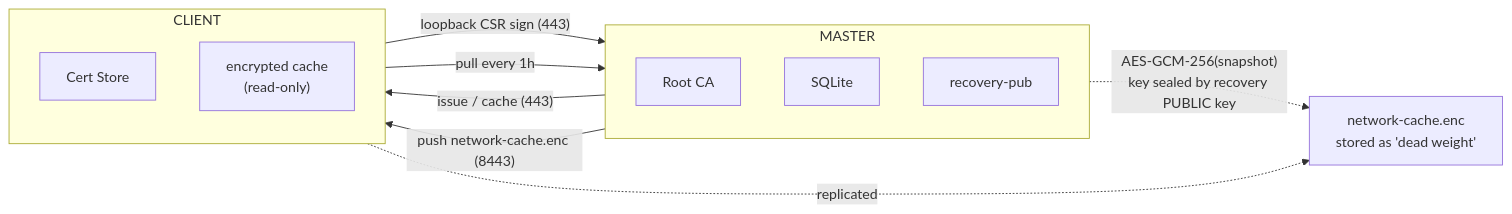
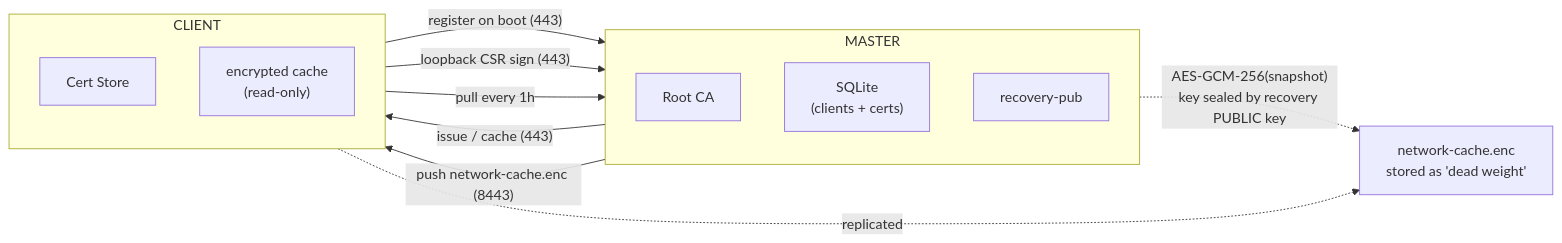
The first of 2 diagrams in README.md (iskyneon/natssl), drawn with Mermaid before and after one commit. The commit also changed other lines of this file and 9 other files, not shown here.

````diff
--- a/README.md
+++ b/README.md
@@ -43,23 +45,24 @@
 ```mermaid
 flowchart LR
     subgraph M["MASTER"]
         direction TB
         RCA["Root CA"]
-        DB["SQLite"]
+        DB["SQLite<br/>(clients + certs)"]
         RPUB["recovery-pub"]
     end
 
     subgraph C["CLIENT"]
         direction TB
         CS["Cert Store"]
         ENC["encrypted cache<br/>(read-only)"]
     end
 
+    C -- "register on boot (443)" --> M
     M -- "issue / cache (443)" --> C
     C -- "loopback CSR sign (443)" --> M
     C -- "pull every 1h" --> M
     M -- "push network-cache.enc (8443)" --> C
 
     M -. "AES-GCM-256(snapshot)<br/>key sealed by recovery PUBLIC key" .-> CACHE["network-cache.enc<br/>stored as 'dead weight'"]
     C -. "replicated" .-> CACHE
 ```
````
